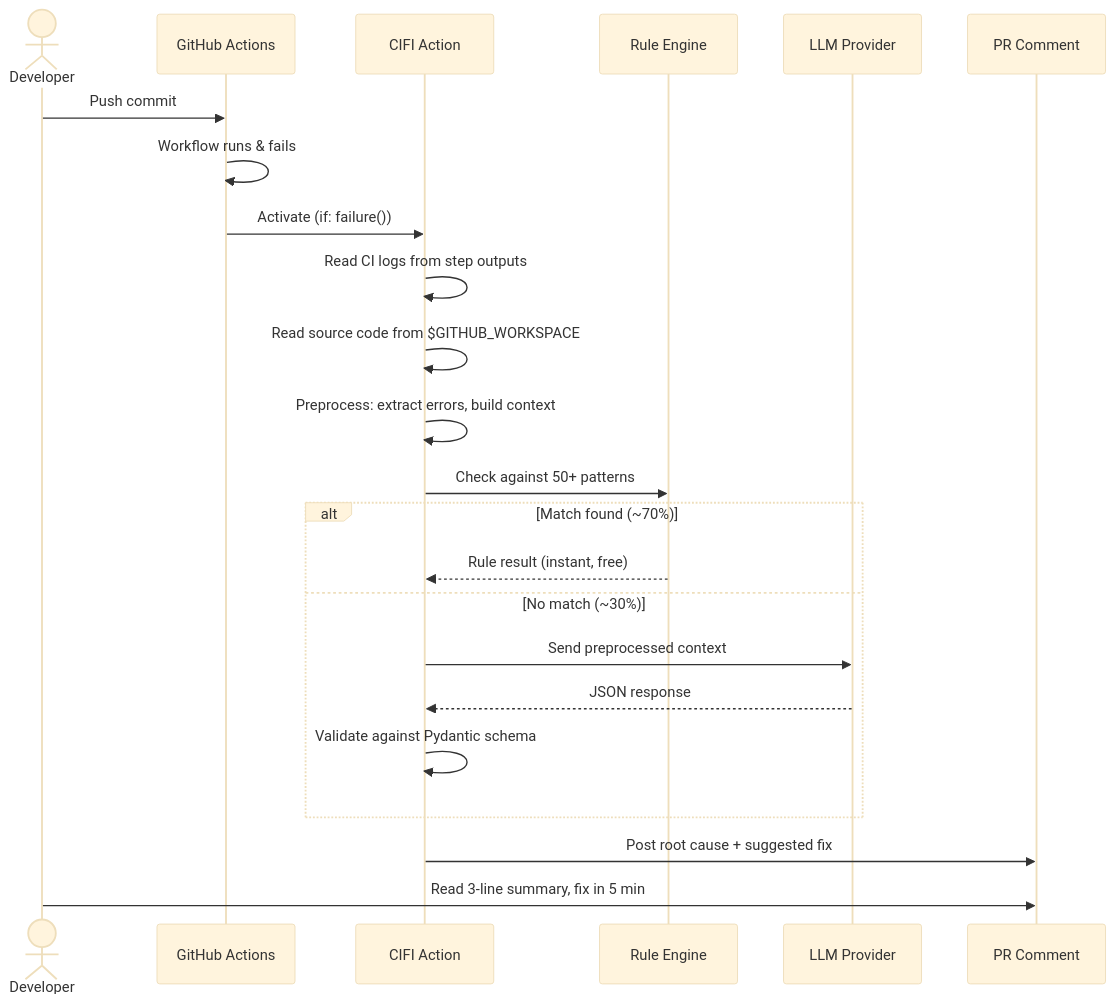
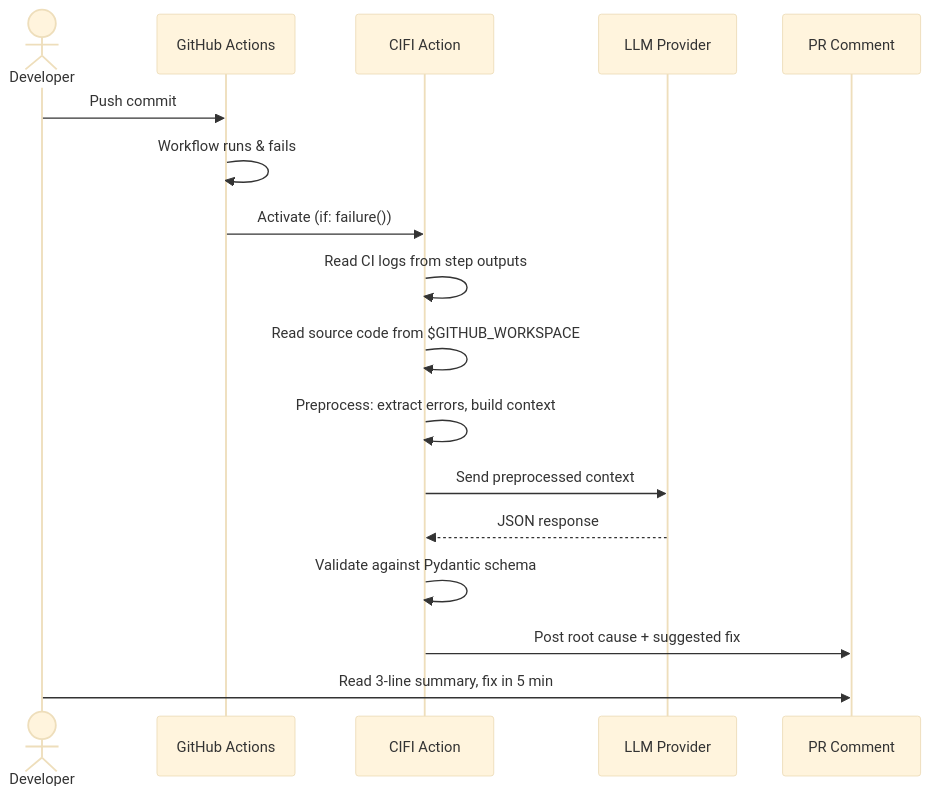
Before and after one commit to alihaidar2950/cifi: the fourth of 5 diagrams in docs/HLD.md, drawn with Mermaid (base theme). The commit also changed other lines of this file and 18 other files, not shown here.

````diff
--- a/docs/HLD.md
+++ b/docs/HLD.md
@@ -272,26 +251,20 @@
 ```mermaid
 sequenceDiagram
     actor Dev as Developer
     participant GH as GitHub Actions
     participant Action as CIFI Action
-    participant Rules as Rule Engine
     participant LLM as LLM Provider
     participant PR as PR Comment
 
     Dev->>GH: Push commit
     GH->>GH: Workflow runs & fails
     GH->>Action: Activate (if: failure())
     Action->>Action: Read CI logs from step outputs
     Action->>Action: Read source code from $GITHUB_WORKSPACE
     Action->>Action: Preprocess: extract errors, build context
-    Action->>Rules: Check against 50+ patterns
-    alt Match found (~70%)
-        Rules-->>Action: Rule result (instant, free)
-    else No match (~30%)
-        Action->>LLM: Send preprocessed context
-        LLM-->>Action: JSON response
-        Action->>Action: Validate against Pydantic schema
-    end
+    Action->>LLM: Send preprocessed context
+    LLM-->>Action: JSON response
+    Action->>Action: Validate against Pydantic schema
     Action->>PR: Post root cause + suggested fix
     Dev->>PR: Read 3-line summary, fix in 5 min
 ```
````
